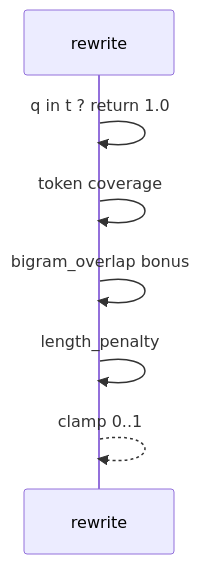
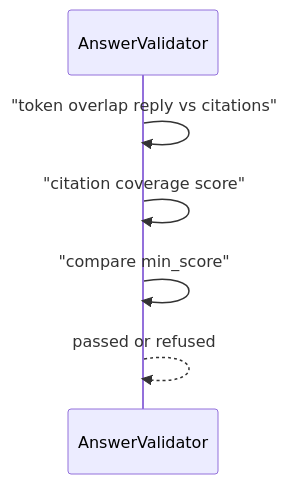
Before and after one commit to ab6539763/70_days_course_plus: the second of 2 diagrams in course/day37/04_流程图与示意图.md, drawn with Mermaid. The commit also changed other lines of this file and 128 other files, not shown here.

First line of the commit message:
fix(course): repair day31-37 diagrams, titles, and missing content

````diff
--- a/course/day37/04_流程图与示意图.md
+++ b/course/day37/04_流程图与示意图.md
@@ -25,9 +24,8 @@
 ```mermaid
 sequenceDiagram
-    participant S as rewrite
-    S->>S: q in t ? return 1.0
-    S->>S: token coverage
-    S->>S: bigram_overlap bonus
-    S->>S: length_penalty
-    S-->>S: clamp 0..1
+    participant V as AnswerValidator
+    V->>V: "token overlap reply vs citations"
+    V->>V: "citation coverage score"
+    V->>V: "compare min_score"
+    V-->>V: passed or refused
 ```
````
